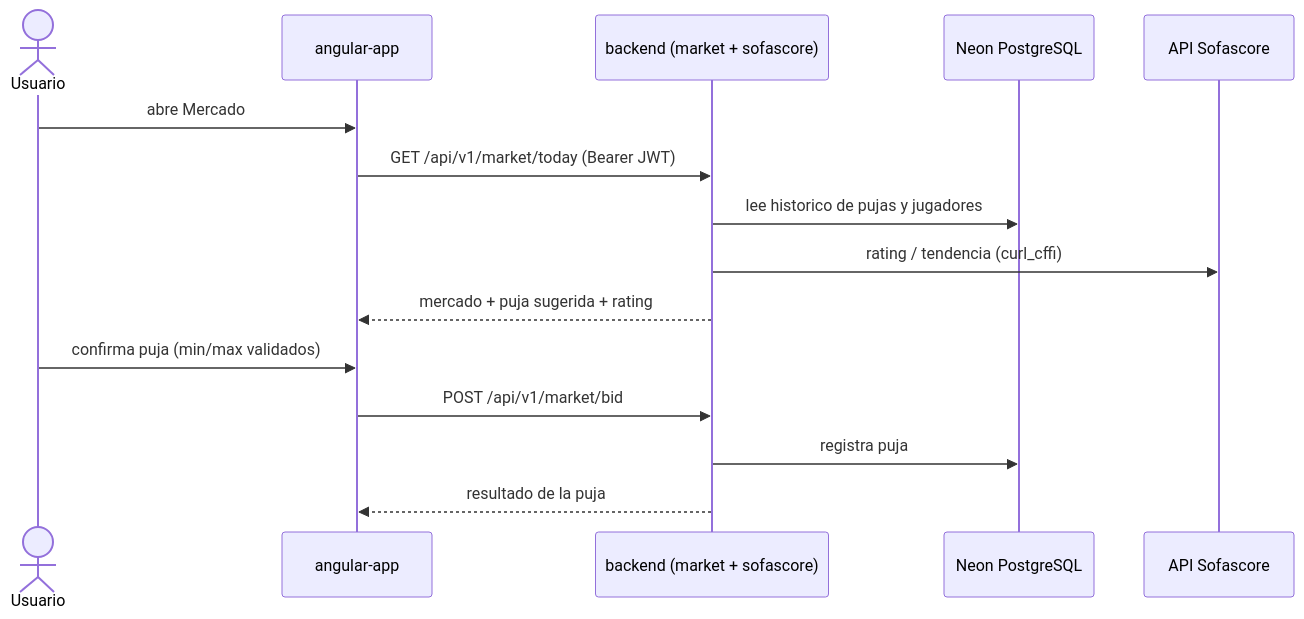
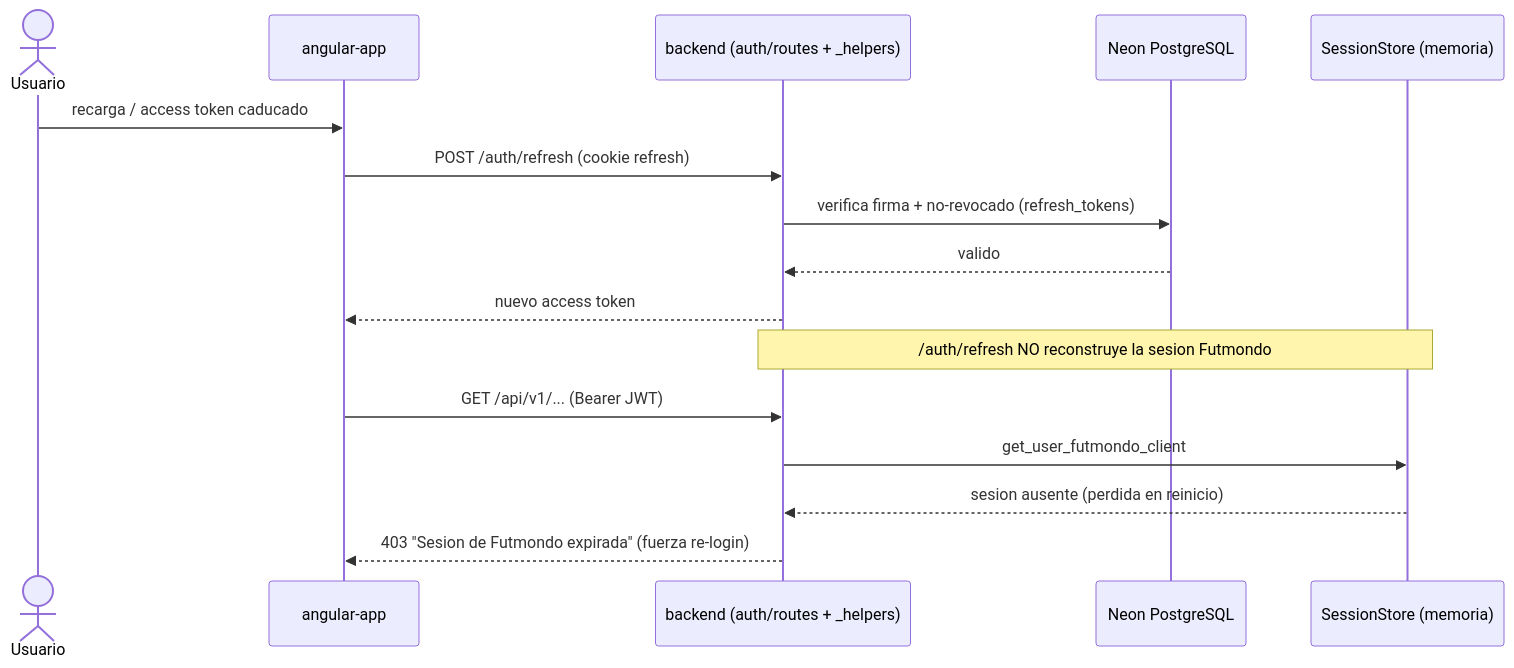
One commit to Mutinho/futmondo-analytics changed the fourth of 5 diagrams in aidlc/spaces/default/codekb/futmondo-analytics/architecture.md. Above: the diagram before and after it, drawn with Mermaid. The commit also changed other lines of this file and 56 other files, not shown here.

````diff
--- a/aidlc/spaces/default/codekb/futmondo-analytics/architecture.md
+++ b/aidlc/spaces/default/codekb/futmondo-analytics/architecture.md
@@ -75,17 +121,18 @@
 ```mermaid
 sequenceDiagram
   actor U as Usuario
   participant FE as angular-app
-  participant BE as backend (market + sofascore)
+  participant BE as backend (auth/routes + _helpers)
   participant DB as Neon PostgreSQL
-  participant SS as API Sofascore
-  U->>FE: abre Mercado
-  FE->>BE: GET /api/v1/market/today (Bearer JWT)
-  BE->>DB: lee historico de pujas y jugadores
-  BE->>SS: rating / tendencia (curl_cffi)
-  BE-->>FE: mercado + puja sugerida + rating
-  U->>FE: confirma puja (min/max validados)
-  FE->>BE: POST /api/v1/market/bid
-  BE->>DB: registra puja
-  BE-->>FE: resultado de la puja
+  participant SS as SessionStore (memoria)
+  U->>FE: recarga / access token caducado
+  FE->>BE: POST /auth/refresh (cookie refresh)
+  BE->>DB: verifica firma + no-revocado (refresh_tokens)
+  DB-->>BE: valido
+  BE-->>FE: nuevo access token
+  Note over BE,SS: /auth/refresh NO reconstruye la sesion Futmondo
+  FE->>BE: GET /api/v1/... (Bearer JWT)
+  BE->>SS: get_user_futmondo_client
+  SS-->>BE: sesion ausente (perdida en reinicio)
+  BE-->>FE: 403 "Sesion de Futmondo expirada" (fuerza re-login)
 ```
````
